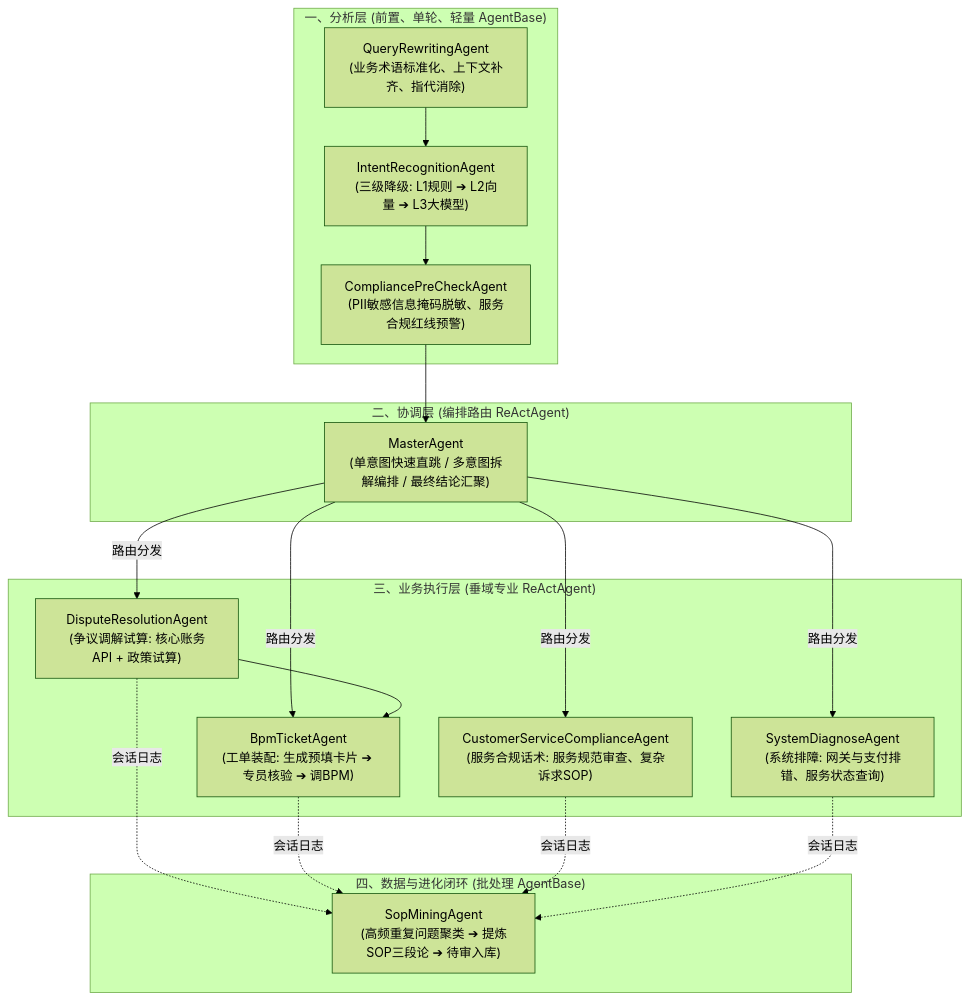
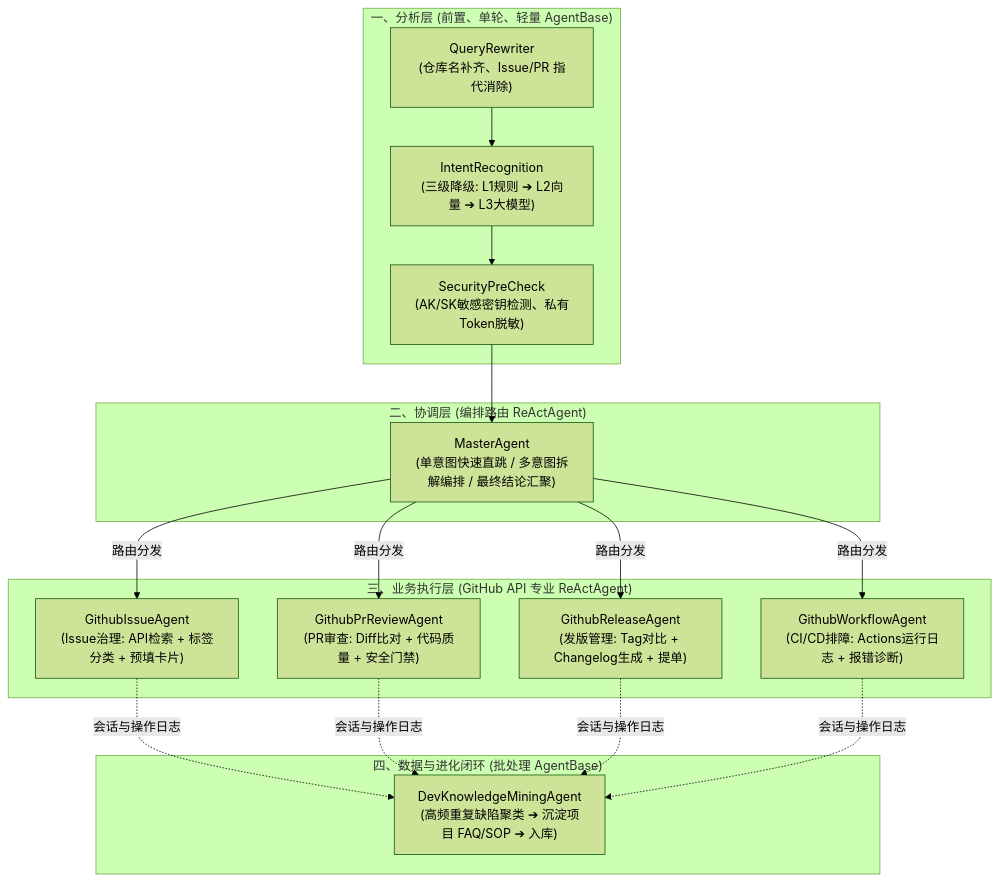
Before and after one commit to 1264585648/spring-ai-agentflow: the first of 3 diagrams in docs/04-企业多智能体职责矩阵与分层设计.md, drawn with Mermaid (forest theme). The commit also changed other lines of this file and 62 other files, not shown here.

Commit message:
feat: 落地多智能体注册中心(Agent Hub)、GitHub Issue协同闭环与开发者工作台换装

````diff
--- a/docs/04-企业多智能体职责矩阵与分层设计.md
+++ b/docs/04-企业多智能体职责矩阵与分层设计.md
@@ -7,28 +7,27 @@
 ```mermaid
 flowchart TD
     subgraph 分析层 ["一、分析层 (前置、单轮、轻量 AgentBase)"]
-        A1["QueryRewritingAgent<br/>(业务术语标准化、上下文补齐、指代消除)"]
-        A2["IntentRecognitionAgent<br/>(三级降级: L1规则 ➔ L2向量 ➔ L3大模型)"]
-        A3["CompliancePreCheckAgent<br/>(PII敏感信息掩码脱敏、服务合规红线预警)"]
+        A1["QueryRewriter<br/>(仓库名补齐、Issue/PR 指代消除)"]
+        A2["IntentRecognition<br/>(三级降级: L1规则 ➔ L2向量 ➔ L3大模型)"]
+        A3["SecurityPreCheck<br/>(AK/SK敏感密钥检测、私有Token脱敏)"]
     end
 
     subgraph 协调层 ["二、协调层 (编排路由 ReActAgent)"]
         Master["MasterAgent<br/>(单意图快速直跳 / 多意图拆解编排 / 最终结论汇聚)"]
     end
 
-    subgraph 业务层 ["三、业务执行层 (垂域专业 ReActAgent)"]
-        B1["DisputeResolutionAgent<br/>(争议调解试算: 核心账务API + 政策试算)"]
-        B2["BpmTicketAgent<br/>(工单装配: 生成预填卡片 ➔ 专员核验 ➔ 调BPM)"]
-        B3["CustomerServiceComplianceAgent<br/>(服务合规话术: 服务规范审查、复杂诉求SOP)"]
-        B4["SystemDiagnoseAgent<br/>(系统排障: 网关与支付排错、服务状态查询)"]
+    subgraph 业务层 ["三、业务执行层 (GitHub API 专业 ReActAgent)"]
+        B1["GithubIssueAgent<br/>(Issue治理: API检索 + 标签分类 + 预填卡片)"]
+        B2["GithubPrReviewAgent<br/>(PR审查: Diff比对 + 代码质量 + 安全门禁)"]
+        B3["GithubReleaseAgent<br/>(发版管理: Tag对比 + Changelog生成 + 提单)"]
+        B4["GithubWorkflowAgent<br/>(CI/CD排障: Actions运行日志 + 报错诊断)"]
     end
 
     subgraph 数据闭环 ["四、数据与进化闭环 (批处理 AgentBase)"]
-        C1["SopMiningAgent<br/>(高频重复问题聚类 ➔ 提炼SOP三段论 ➔ 待审入库)"]
+        C1["DevKnowledgeMiningAgent<br/>(高频重复缺陷聚类 ➔ 沉淀项目 FAQ/SOP ➔ 入库)"]
     end
 
     A1 --> A2 --> A3 --> Master
     Master -->|路由分发| B1 & B2 & B3 & B4
-    B1 --> B2
-    B1 & B2 & B3 & B4 -.->|会话日志| C1
+    B1 & B2 & B3 & B4 -.->|会话与操作日志| C1
 ```
````
